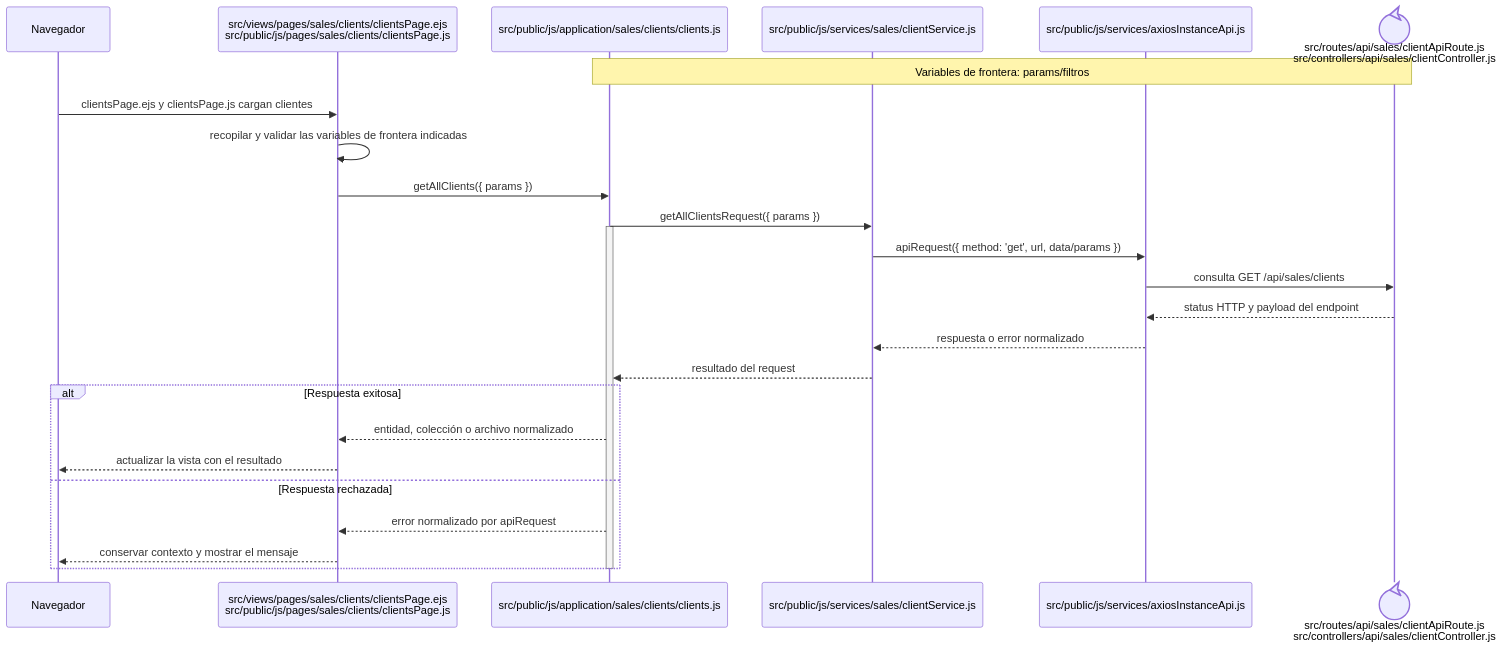
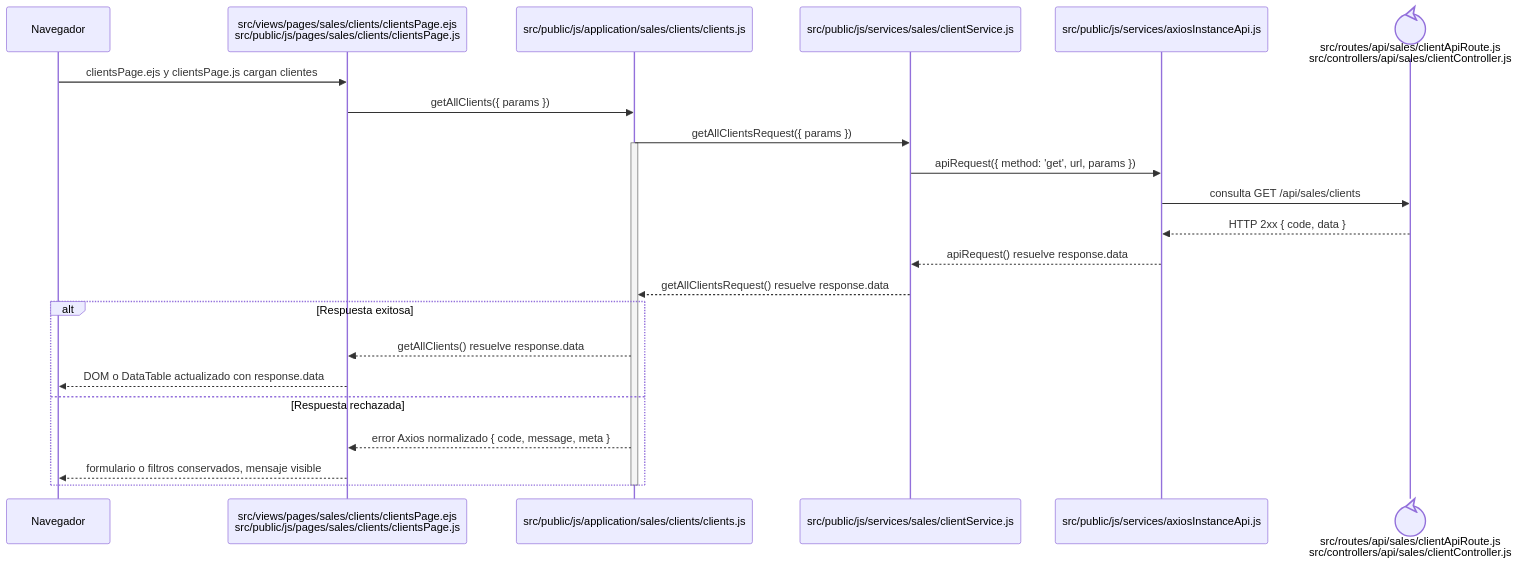
The diagram in docs/architecture/frontend-code-sequences/catalogs/cu-cat-05.md (gpgsistemas01/nexus), drawn with Mermaid before and after one commit. The commit also changed 148 other files, not shown here.

````diff
--- a/docs/architecture/frontend-code-sequences/catalogs/cu-cat-05.md
+++ b/docs/architecture/frontend-code-sequences/catalogs/cu-cat-05.md
@@ -6,29 +6,27 @@
 ```mermaid
 sequenceDiagram
     participant Browser as Navegador
     participant View as src/views/pages/sales/clients/clientsPage.ejs<br/>src/public/js/pages/sales/clients/clientsPage.js
     participant Application as src/public/js/application/sales/clients/clients.js
     participant Request as src/public/js/services/sales/clientService.js
     participant HTTP as src/public/js/services/axiosInstanceApi.js
     participant Transport@{ "type": "control" } as src/routes/api/sales/clientApiRoute.js<br/>src/controllers/api/sales/clientController.js
-    Note over Application,Transport: Variables de frontera: params/filtros
 
     Browser->>View: clientsPage.ejs y clientsPage.js cargan clientes
-    View->>View: recopilar y validar las variables de frontera indicadas
     View->>Application: getAllClients({ params })
     Application->>Request: getAllClientsRequest({ params })
     activate Application
-    Request->>HTTP: apiRequest({ method: 'get', url, data/params })
+    Request->>HTTP: apiRequest({ method: 'get', url, params })
     HTTP->>Transport: consulta GET /api/sales/clients
-    Transport-->>HTTP: status HTTP y payload del endpoint
-    HTTP-->>Request: respuesta o error normalizado
-    Request-->>Application: resultado del request
+    Transport-->>HTTP: HTTP 2xx { code, data }
+    HTTP-->>Request: apiRequest() resuelve response.data
+    Request-->>Application: getAllClientsRequest() resuelve response.data
     alt Respuesta exitosa
-        Application-->>View: entidad, colección o archivo normalizado
-        View-->>Browser: actualizar la vista con el resultado
+        Application-->>View: getAllClients() resuelve response.data
+        View-->>Browser: DOM o DataTable actualizado con response.data
     else Respuesta rechazada
-        Application-->>View: error normalizado por apiRequest
-        View-->>Browser: conservar contexto y mostrar el mensaje
+        Application-->>View: error Axios normalizado { code, message, meta }
+        View-->>Browser: formulario o filtros conservados, mensaje visible
     end
     deactivate Application
 ```
````
